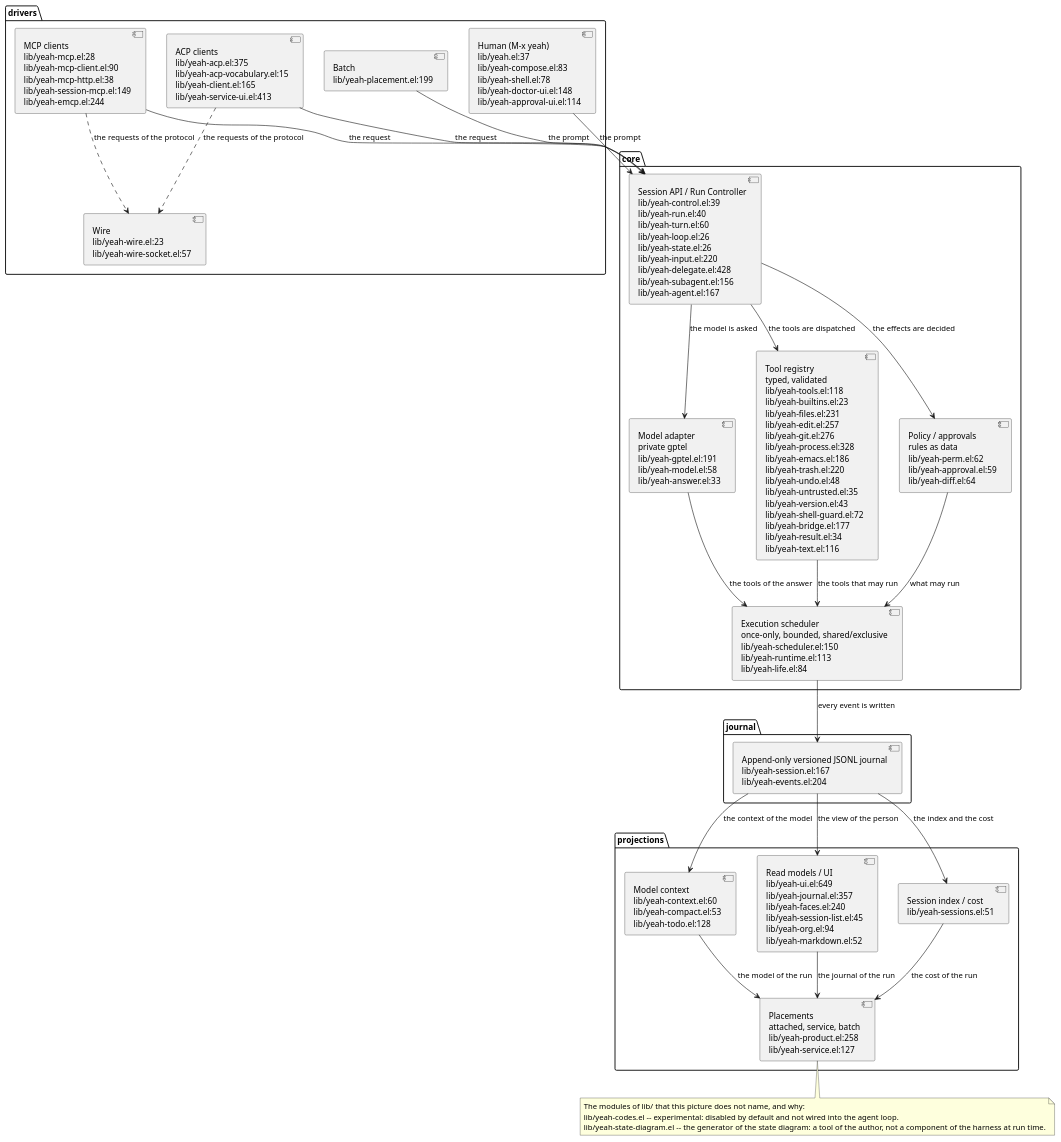
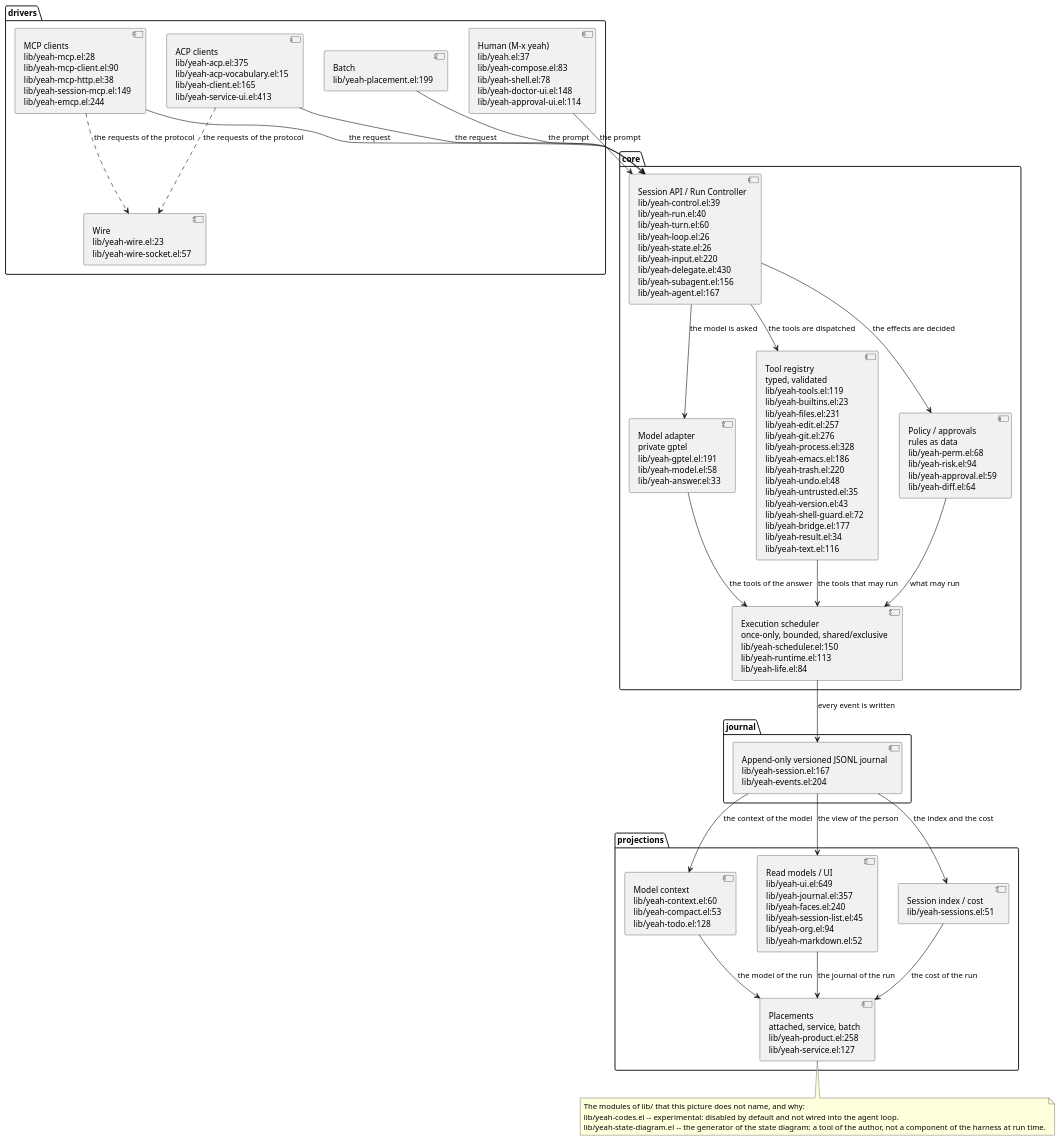
One commit to 11111000000/yeah changed the diagram in site/diagrams/core-layers.puml. Above: the diagram before and after it, drawn with PlantUML.

Commit message:
fix(diagrams): name the module of the risk and re-anchor three names

```diff
--- a/site/diagrams/core-layers.puml
+++ b/site/diagrams/core-layers.puml
@@ -1,69 +1,69 @@
 @startuml core-layers
 ' The layers of the core of Yeah.
 '
 ' The same picture as the ASCII figure of the site and as the component
 ' architecture of `docs/ARCHITECTURE.md' §5, in the notation of components:
 ' the drivers submit to the run controller, the controller drives the model
 ' adapter, the tool registry and the policy, the scheduler runs what may
 ' run, everything that happened is written into one journal, and the
 ' projections read the journal.
 '
 ' Every block names the files that implement it, as `file:line'.  The
 ' modules of `lib/' that this picture does not name are listed in the note
 ' at the end of this file, with the reason why they are not there.
 
 package "drivers" as drivers {
   component "Human (M-x yeah)\nlib/yeah.el:37\nlib/yeah-compose.el:83\nlib/yeah-shell.el:78\nlib/yeah-doctor-ui.el:148\nlib/yeah-approval-ui.el:114" as human
   component "ACP clients\nlib/yeah-acp.el:375\nlib/yeah-acp-vocabulary.el:15\nlib/yeah-client.el:165\nlib/yeah-service-ui.el:413" as acp
   component "MCP clients\nlib/yeah-mcp.el:28\nlib/yeah-mcp-client.el:90\nlib/yeah-mcp-http.el:38\nlib/yeah-session-mcp.el:149\nlib/yeah-emcp.el:244" as mcp
   component "Batch\nlib/yeah-placement.el:199" as batch
   component "Wire\nlib/yeah-wire.el:23\nlib/yeah-wire-socket.el:57" as wire
 }
 
 package "core" as core {
-  component "Session API / Run Controller\nlib/yeah-control.el:39\nlib/yeah-run.el:40\nlib/yeah-turn.el:60\nlib/yeah-loop.el:26\nlib/yeah-state.el:26\nlib/yeah-input.el:220\nlib/yeah-delegate.el:428\nlib/yeah-subagent.el:156\nlib/yeah-agent.el:167" as controller
+  component "Session API / Run Controller\nlib/yeah-control.el:39\nlib/yeah-run.el:40\nlib/yeah-turn.el:60\nlib/yeah-loop.el:26\nlib/yeah-state.el:26\nlib/yeah-input.el:220\nlib/yeah-delegate.el:430\nlib/yeah-subagent.el:156\nlib/yeah-agent.el:167" as controller
   component "Model adapter\nprivate gptel\nlib/yeah-gptel.el:191\nlib/yeah-model.el:58\nlib/yeah-answer.el:33" as model_adapter
-  component "Tool registry\ntyped, validated\nlib/yeah-tools.el:118\nlib/yeah-builtins.el:23\nlib/yeah-files.el:231\nlib/yeah-edit.el:257\nlib/yeah-git.el:276\nlib/yeah-process.el:328\nlib/yeah-emacs.el:186\nlib/yeah-trash.el:220\nlib/yeah-undo.el:48\nlib/yeah-untrusted.el:35\nlib/yeah-version.el:43\nlib/yeah-shell-guard.el:72\nlib/yeah-bridge.el:177\nlib/yeah-result.el:34\nlib/yeah-text.el:116" as registry
-  component "Policy / approvals\nrules as data\nlib/yeah-perm.el:62\nlib/yeah-approval.el:59\nlib/yeah-diff.el:64" as policy
+  component "Tool registry\ntyped, validated\nlib/yeah-tools.el:119\nlib/yeah-builtins.el:23\nlib/yeah-files.el:231\nlib/yeah-edit.el:257\nlib/yeah-git.el:276\nlib/yeah-process.el:328\nlib/yeah-emacs.el:186\nlib/yeah-trash.el:220\nlib/yeah-undo.el:48\nlib/yeah-untrusted.el:35\nlib/yeah-version.el:43\nlib/yeah-shell-guard.el:72\nlib/yeah-bridge.el:177\nlib/yeah-result.el:34\nlib/yeah-text.el:116" as registry
+  component "Policy / approvals\nrules as data\nlib/yeah-perm.el:68\nlib/yeah-risk.el:94\nlib/yeah-approval.el:59\nlib/yeah-diff.el:64" as policy
   component "Execution scheduler\nonce-only, bounded, shared/exclusive\nlib/yeah-scheduler.el:150\nlib/yeah-runtime.el:113\nlib/yeah-life.el:84" as scheduler
 }
 
 package "journal" as journal {
   component "Append-only versioned JSONL journal\nlib/yeah-session.el:167\nlib/yeah-events.el:204" as log
 }
 
 package "projections" as projections {
   component "Model context\nlib/yeah-context.el:60\nlib/yeah-compact.el:53\nlib/yeah-todo.el:128" as context
   component "Read models / UI\nlib/yeah-ui.el:649\nlib/yeah-journal.el:357\nlib/yeah-faces.el:240\nlib/yeah-session-list.el:45\nlib/yeah-org.el:94\nlib/yeah-markdown.el:52" as ui
   component "Session index / cost\nlib/yeah-sessions.el:51" as sessions
   component "Placements\nattached, service, batch\nlib/yeah-product.el:258\nlib/yeah-service.el:127" as placements
 }
 
 human --> controller : the prompt
 acp --> controller : the request
 mcp --> controller : the request
 batch --> controller : the prompt
 acp ..> wire : the requests of the protocol
 mcp ..> wire : the requests of the protocol
 
 controller --> model_adapter : the model is asked
 controller --> registry : the tools are dispatched
 controller --> policy : the effects are decided
 model_adapter --> scheduler : the tools of the answer
 registry --> scheduler : the tools that may run
 policy --> scheduler : what may run
 scheduler --> log : every event is written
 
 log --> context : the context of the model
 log --> ui : the view of the person
 log --> sessions : the index and the cost
 context --> placements : the model of the run
 ui --> placements : the journal of the run
 sessions --> placements : the cost of the run
 
 note bottom
   The modules of lib/ that this picture does not name, and why:
   lib/yeah-codes.el -- experimental: disabled by default and not wired into the agent loop.
   lib/yeah-state-diagram.el -- the generator of the state diagram: a tool of the author, not a component of the harness at run time.
 end note
 @enduml
```
